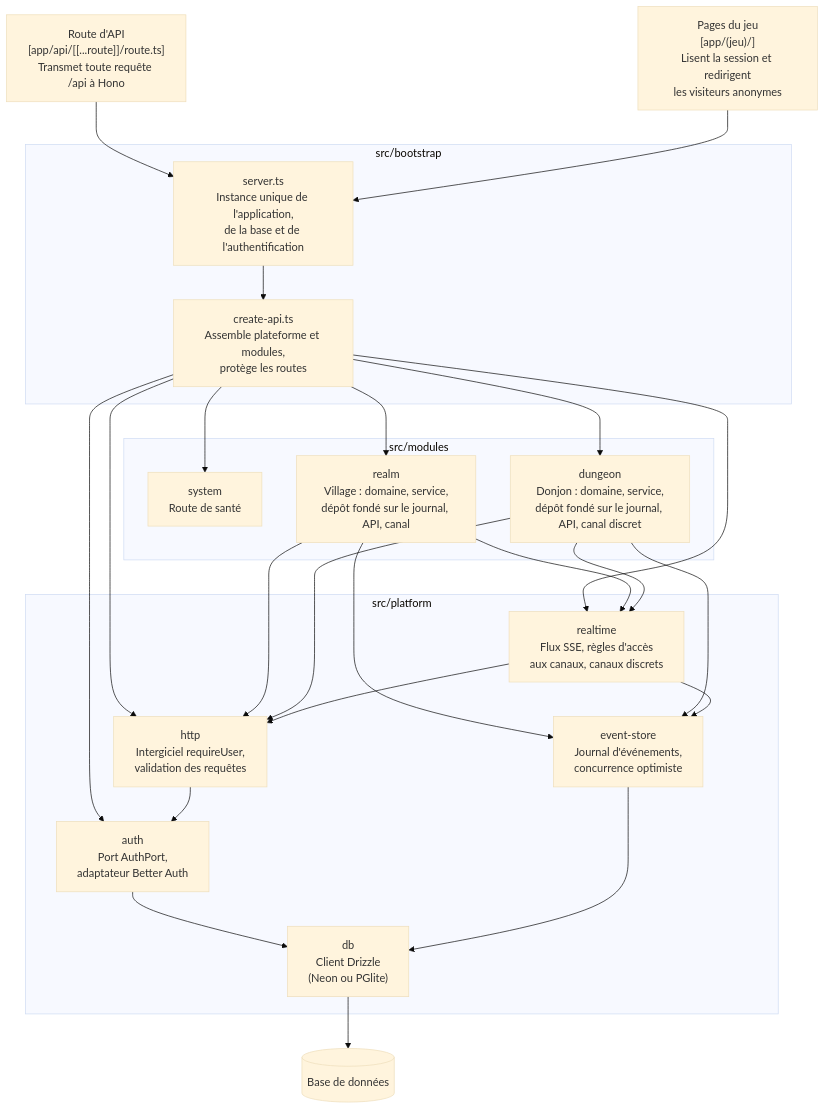
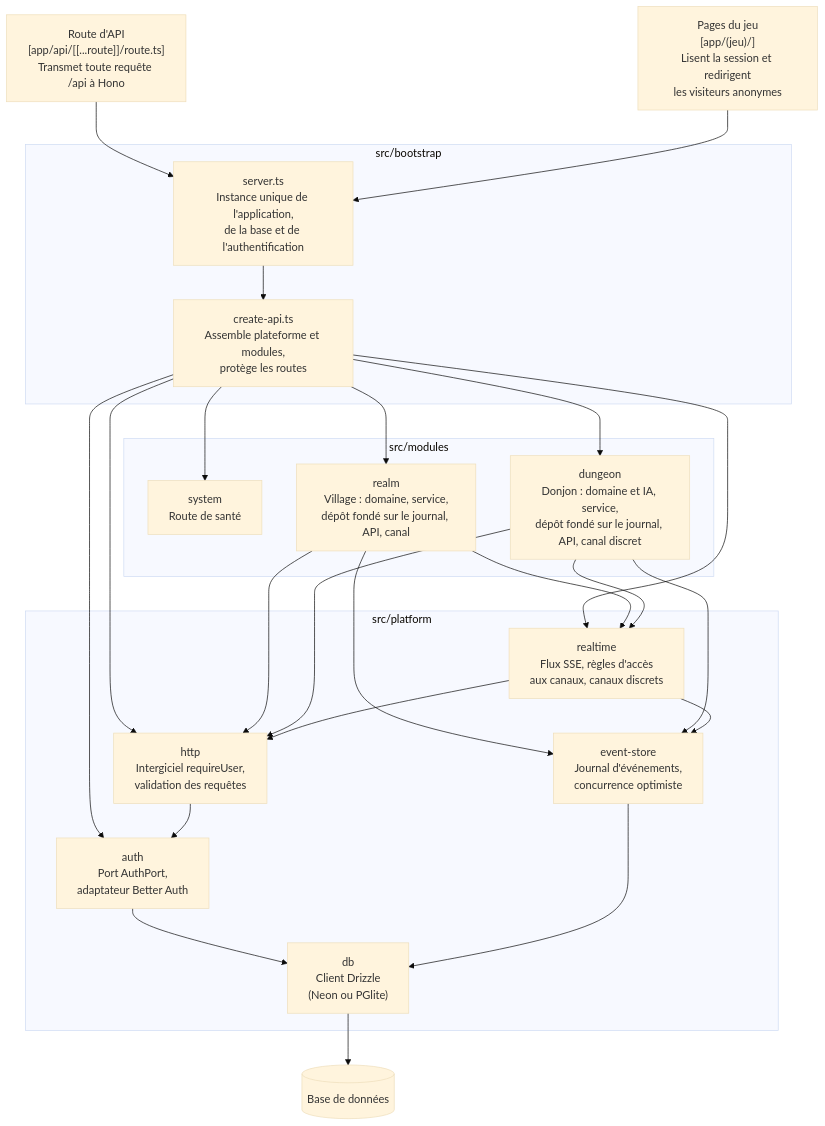
The third of 4 diagrams in docs/architecture.md (leon-morival/kingdom), drawn with Mermaid (base theme) before and after one commit. The commit also changed 5 other files, not shown here.

````diff
--- a/docs/architecture.md
+++ b/docs/architecture.md
@@ -50,33 +50,33 @@
 ```mermaid
 flowchart TB
   route["Route d'API<br/>[app/api/[[...route]]/route.ts]<br/>Transmet toute requête /api à Hono"]
   pages["Pages du jeu<br/>[app/(jeu)/]<br/>Lisent la session et redirigent<br/>les visiteurs anonymes"]
   subgraph bootstrap["src/bootstrap"]
     server["server.ts<br/>Instance unique de l'application,<br/>de la base et de l'authentification"]
     createapi["create-api.ts<br/>Assemble plateforme et modules,<br/>protège les routes"]
   end
   subgraph modules["src/modules"]
     system["system<br/>Route de santé"]
     realm["realm<br/>Village : domaine, service,<br/>dépôt fondé sur le journal, API, canal"]
-    dungeon["dungeon<br/>Donjon : domaine, service,<br/>dépôt fondé sur le journal, API, canal discret"]
+    dungeon["dungeon<br/>Donjon : domaine et IA, service,<br/>dépôt fondé sur le journal, API, canal discret"]
   end
   subgraph platform["src/platform"]
     auth["auth<br/>Port AuthPort,<br/>adaptateur Better Auth"]
     http["http<br/>Intergiciel requireUser,<br/>validation des requêtes"]
     realtime["realtime<br/>Flux SSE, règles d'accès<br/>aux canaux, canaux discrets"]
     store["event-store<br/>Journal d'événements,<br/>concurrence optimiste"]
     db["db<br/>Client Drizzle<br/>(Neon ou PGlite)"]
   end
   base[("Base de données")]
   route --> server
   pages --> server
   server --> createapi
   createapi --> system & realm & dungeon & auth & http & realtime
   realm --> store & realtime & http
   dungeon --> store & realtime & http
   realtime --> store & http
   http --> auth
   auth --> db
   store --> db
   db --> base
 ```
````
